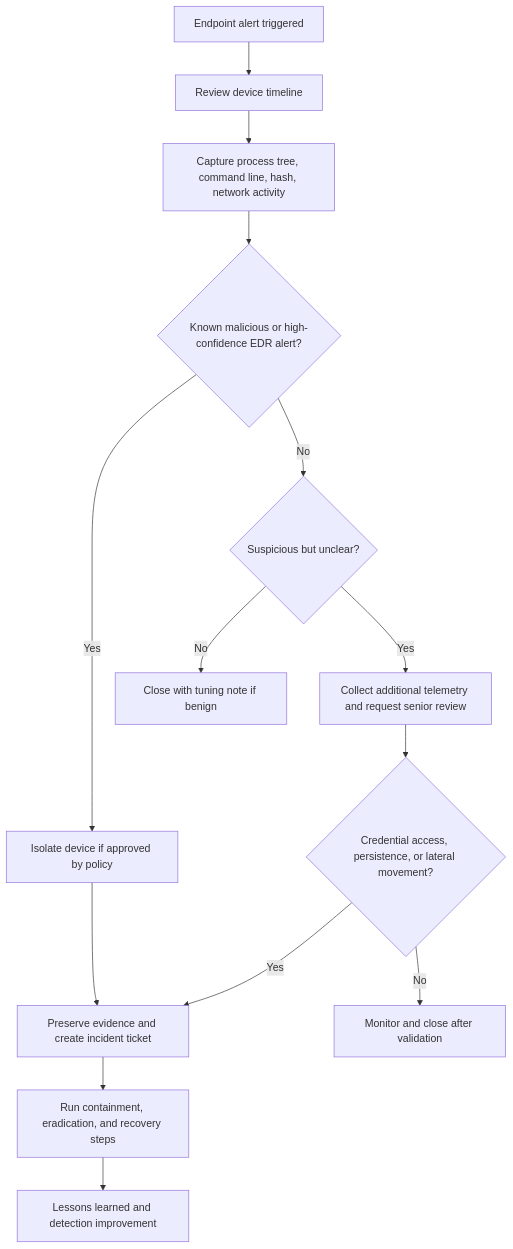
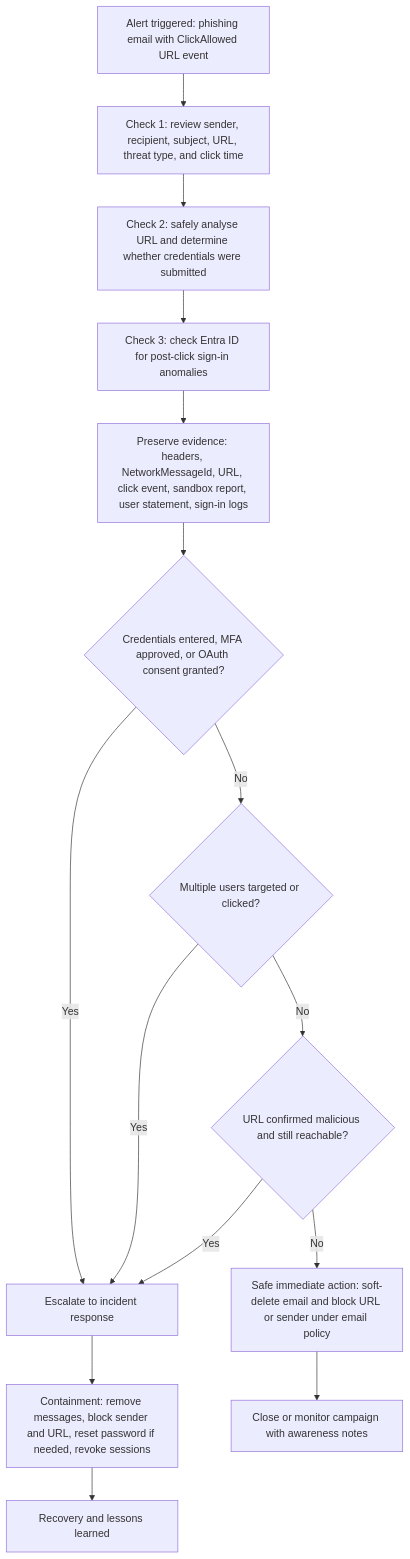
One commit to sharRahul/soc-usecases-and-playbooks changed the fourth of 5 diagrams in docs/playbook-flowcharts.md. Above: the diagram before and after it, drawn with Mermaid. The commit also changed other lines of this file, not shown here.

Commit message:
Add use-case specific SOC playbook flowcharts

````diff
--- a/docs/playbook-flowcharts.md
+++ b/docs/playbook-flowcharts.md
@@ -76,16 +77,17 @@
 ```mermaid
 flowchart TD
-    A[Endpoint alert triggered] --> B[Review device timeline]
-    B --> C[Capture process tree, command line, hash, network activity]
-    C --> D{Known malicious or high-confidence EDR alert?}
-    D -- Yes --> E[Isolate device if approved by policy]
-    D -- No --> F{Suspicious but unclear?}
-    F -- Yes --> G[Collect additional telemetry and request senior review]
-    F -- No --> H[Close with tuning note if benign]
-    E --> I[Preserve evidence and create incident ticket]
-    G --> J{Credential access, persistence, or lateral movement?}
-    J -- Yes --> I
-    J -- No --> K[Monitor and close after validation]
-    I --> L[Run containment, eradication, and recovery steps]
-    L --> M[Lessons learned and detection improvement]
+    A[Alert triggered: phishing email with ClickAllowed URL event] --> B[Check 1: review sender, recipient, subject, URL, threat type, and click time]
+    B --> C[Check 2: safely analyse URL and determine whether credentials were submitted]
+    C --> D[Check 3: check Entra ID for post-click sign-in anomalies]
+    D --> E[Preserve evidence: headers, NetworkMessageId, URL, click event, sandbox report, user statement, sign-in logs]
+    E --> F{Credentials entered, MFA approved, or OAuth consent granted?}
+    F -- Yes --> G[Escalate to incident response]
+    F -- No --> H{Multiple users targeted or clicked?}
+    H -- Yes --> G
+    H -- No --> I{URL confirmed malicious and still reachable?}
+    I -- Yes --> G
+    I -- No --> J[Safe immediate action: soft-delete email and block URL or sender under email policy]
+    G --> K[Containment: remove messages, block sender and URL, reset password if needed, revoke sessions]
+    J --> L[Close or monitor campaign with awareness notes]
+    K --> M[Recovery and lessons learned]
 ```
````
